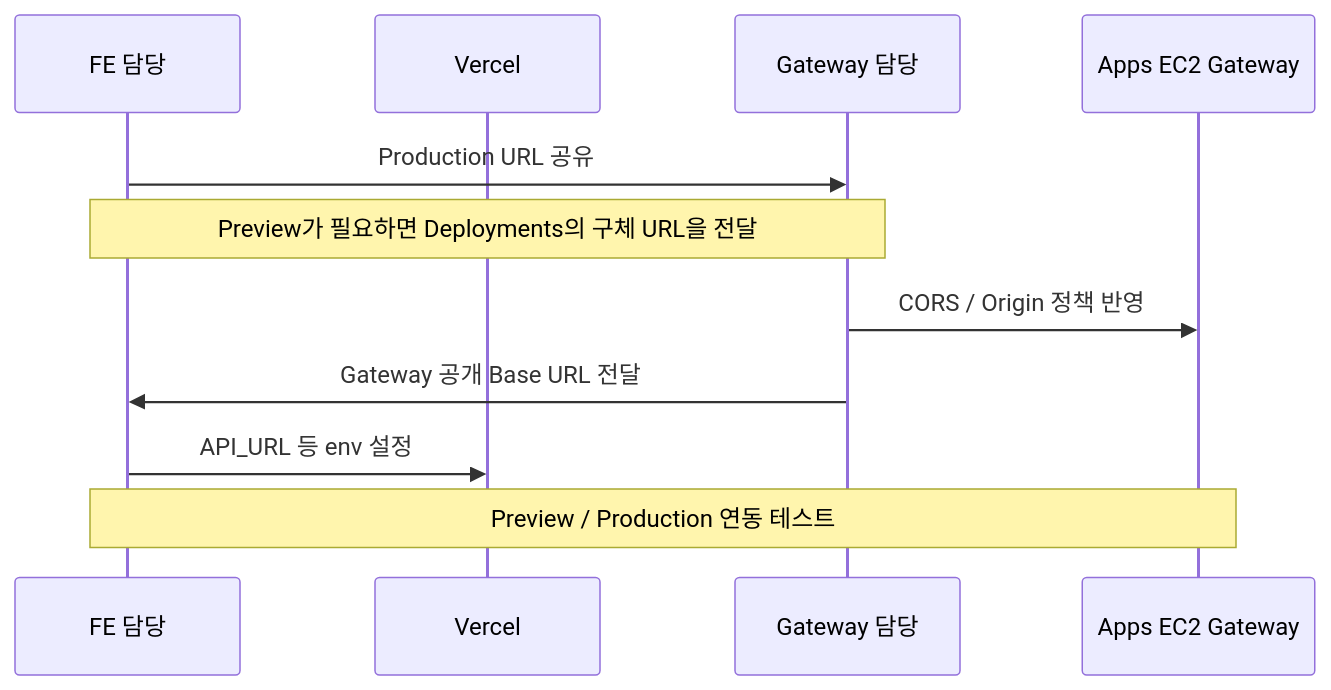
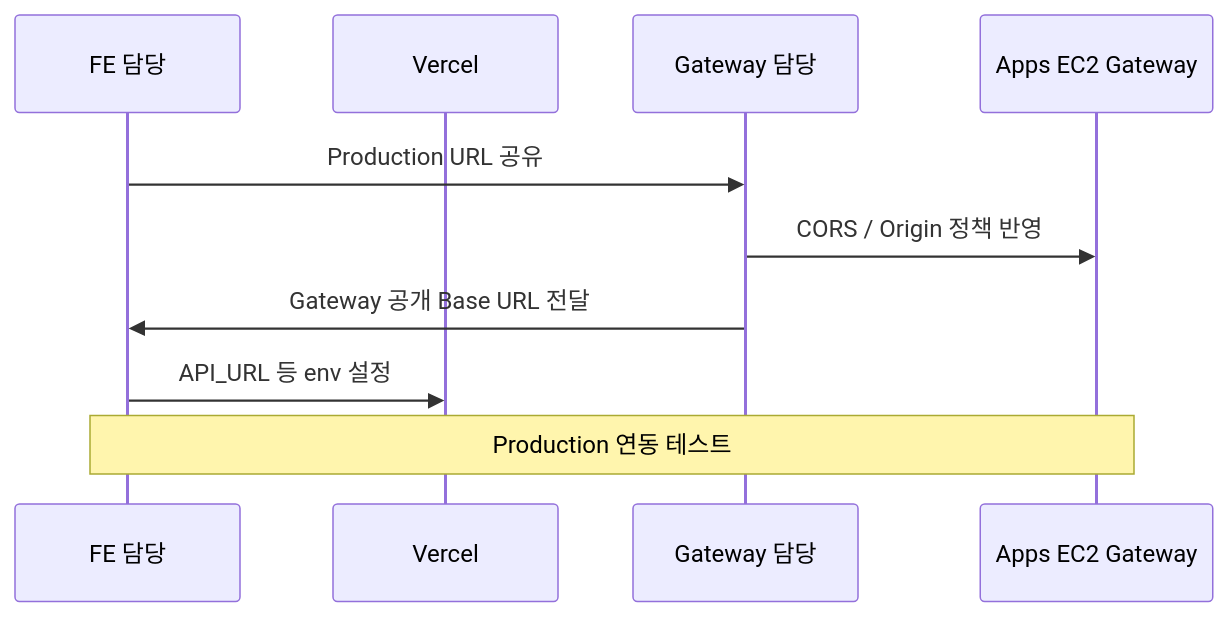
The fourth of 6 diagrams in docs/vercel-deploy-team-notice.md (SpartaValueHub/ValueHub-FE), drawn with Mermaid before and after one commit. The commit also changed other lines of this file, not shown here.

````diff
--- a/docs/vercel-deploy-team-notice.md
+++ b/docs/vercel-deploy-team-notice.md
@@ -148,14 +145,13 @@
 ```mermaid
 sequenceDiagram
   participant FE as FE 담당
   participant V as Vercel
   participant GW as Gateway 담당
   participant EC2 as Apps EC2 Gateway
 
   FE->>GW: Production URL 공유
-  Note over FE,GW: Preview가 필요하면 Deployments의 구체 URL을 전달
   GW->>EC2: CORS / Origin 정책 반영
   GW->>FE: Gateway 공개 Base URL 전달
   FE->>V: API_URL 등 env 설정
-  Note over FE,EC2: Preview / Production 연동 테스트
+  Note over FE,EC2: Production 연동 테스트
 ```
````
